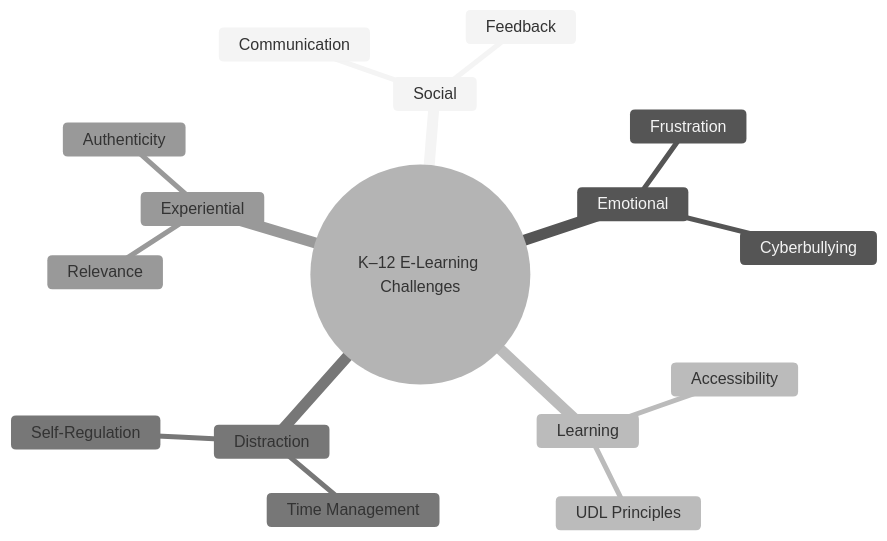
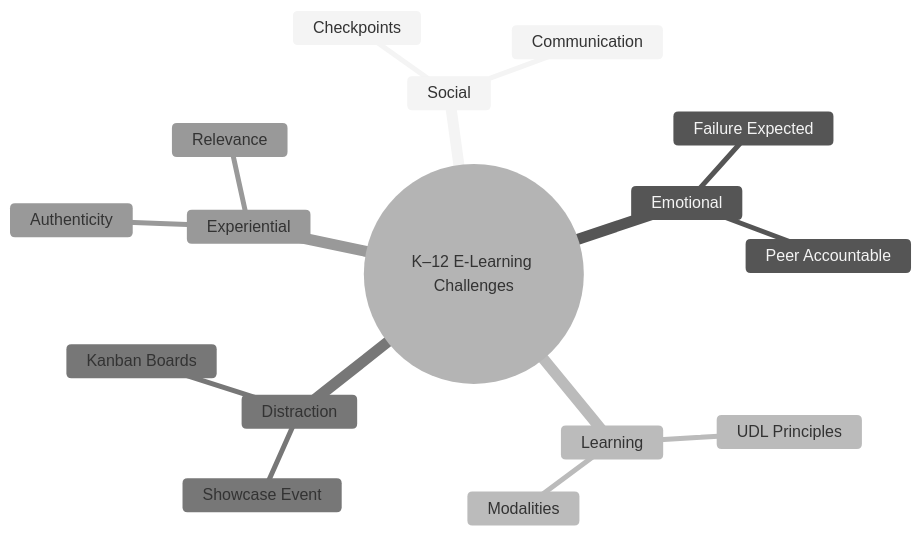
The second of 2 diagrams in _posts/WGU/2025-11-11-learning-elearning-challengs.md (Open-Coding-Society/pages), drawn with Mermaid (neutral theme) before and after one commit.

````diff
--- a/_posts/WGU/2025-11-11-learning-elearning-challengs.md
+++ b/_posts/WGU/2025-11-11-learning-elearning-challengs.md
@@ -132,19 +132,19 @@
 ```mermaid
 mindmap
   root((K–12 E-Learning Challenges))
     Social
       Communication
-      Feedback
+      Checkpoints
     Emotional
-      Frustration
-      Cyberbullying
+      Failure Expected
+      Peer Accountable
     Learning
       UDL Principles
-      Accessibility
+      Modalities
     Distraction
-      Time Management
-      Self-Regulation
+      Kanban Boards
+      Showcase Event
     Experiential
       Authenticity
       Relevance
 ```
````
